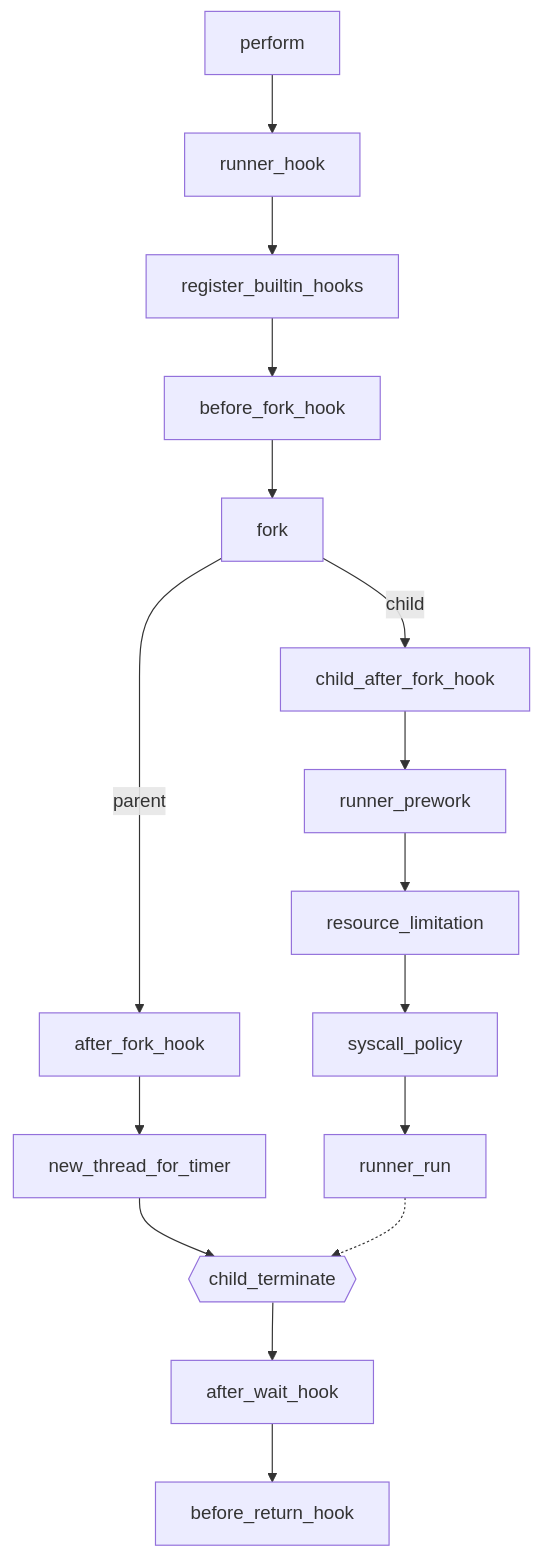
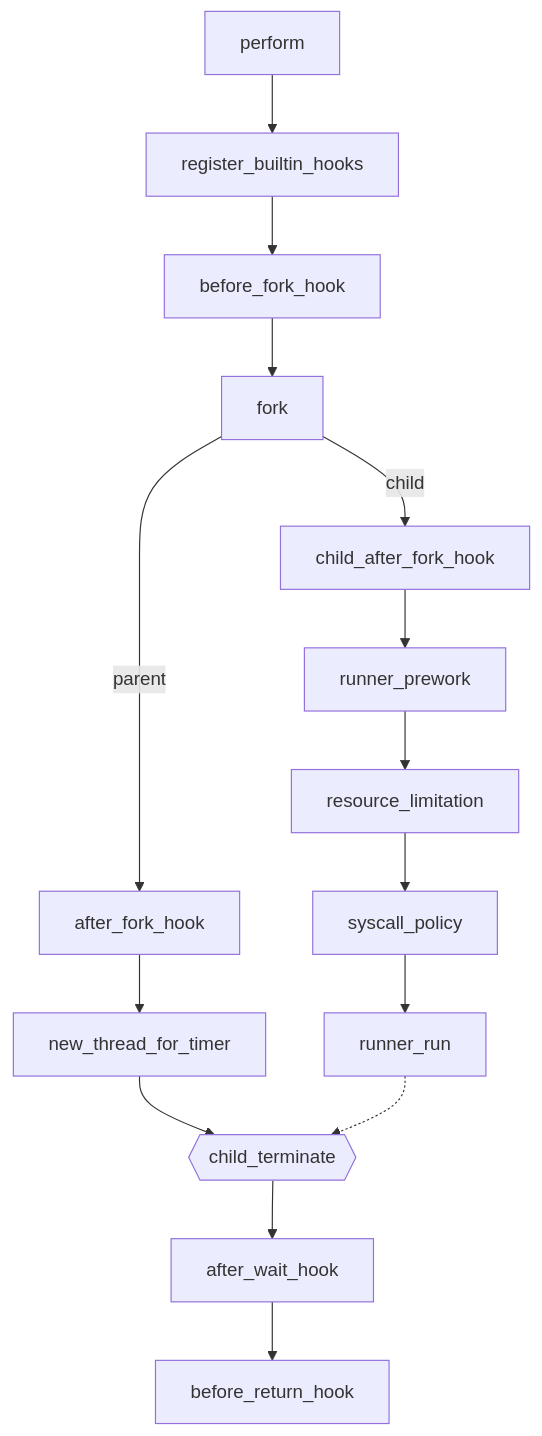
One commit to sshwy/yaoj-judger changed the diagram in README.md. Above: the diagram before and after it, drawn with Mermaid. The commit also changed other lines of this file and 4 other files, not shown here.

Commit message:
feat: drop runner hooks

````diff
--- a/README.md
+++ b/README.md
@@ -101,8 +101,8 @@
 ```mermaid
 graph TD
 
-perform --> runner_hook --> register_builtin_hooks --> before_fork_hook 
+perform --> register_builtin_hooks --> before_fork_hook
 --> fork -->|parent| after_fork_hook --> new_thread_for_timer --> c_t{{child_terminate}} --> after_wait_hook --> before_return_hook
 
 fork -->|child| child_after_fork_hook --> runner_prework --> resource_limitation --> syscall_policy --> runner_run -.-> c_t
 ```
````
